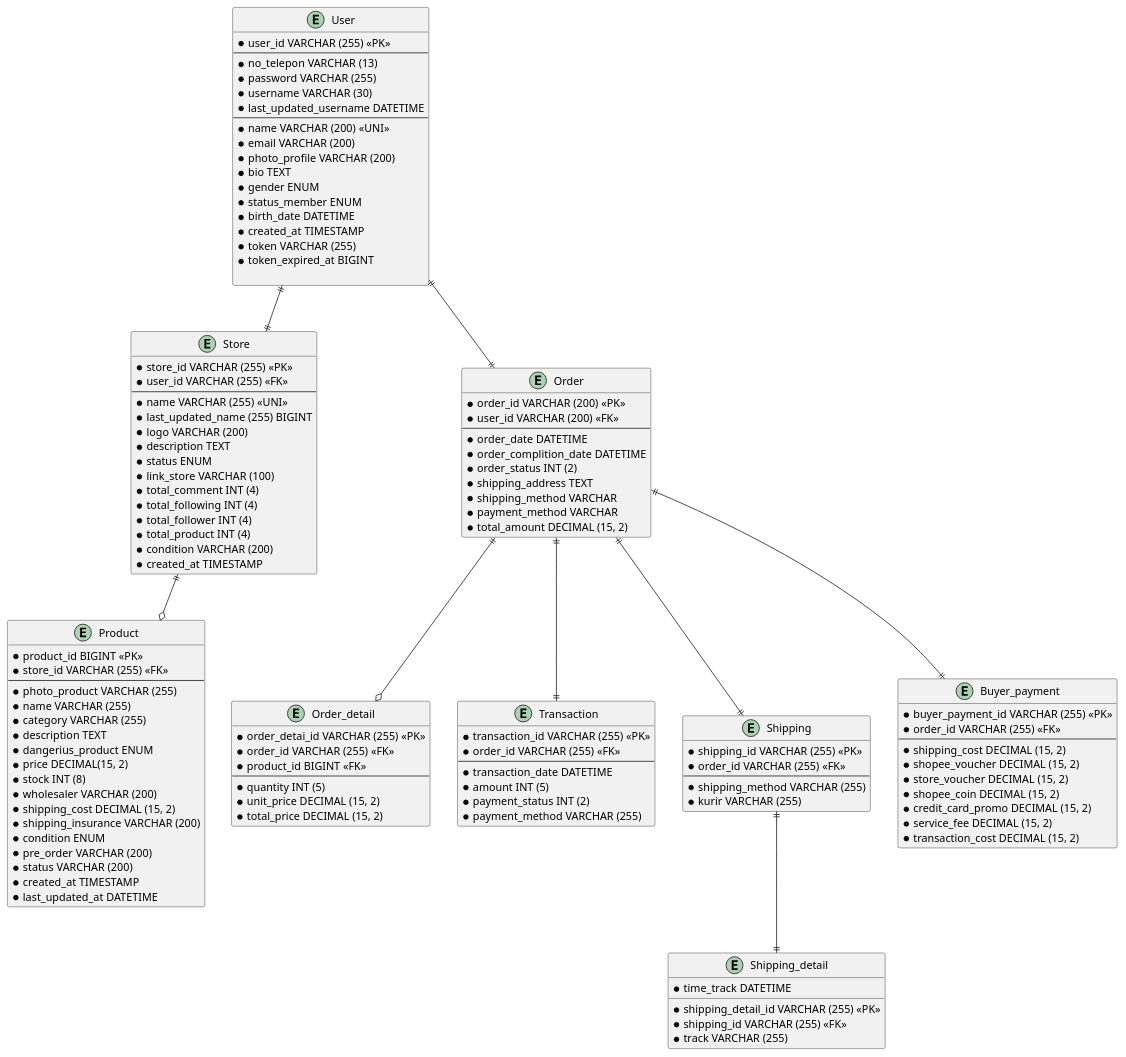
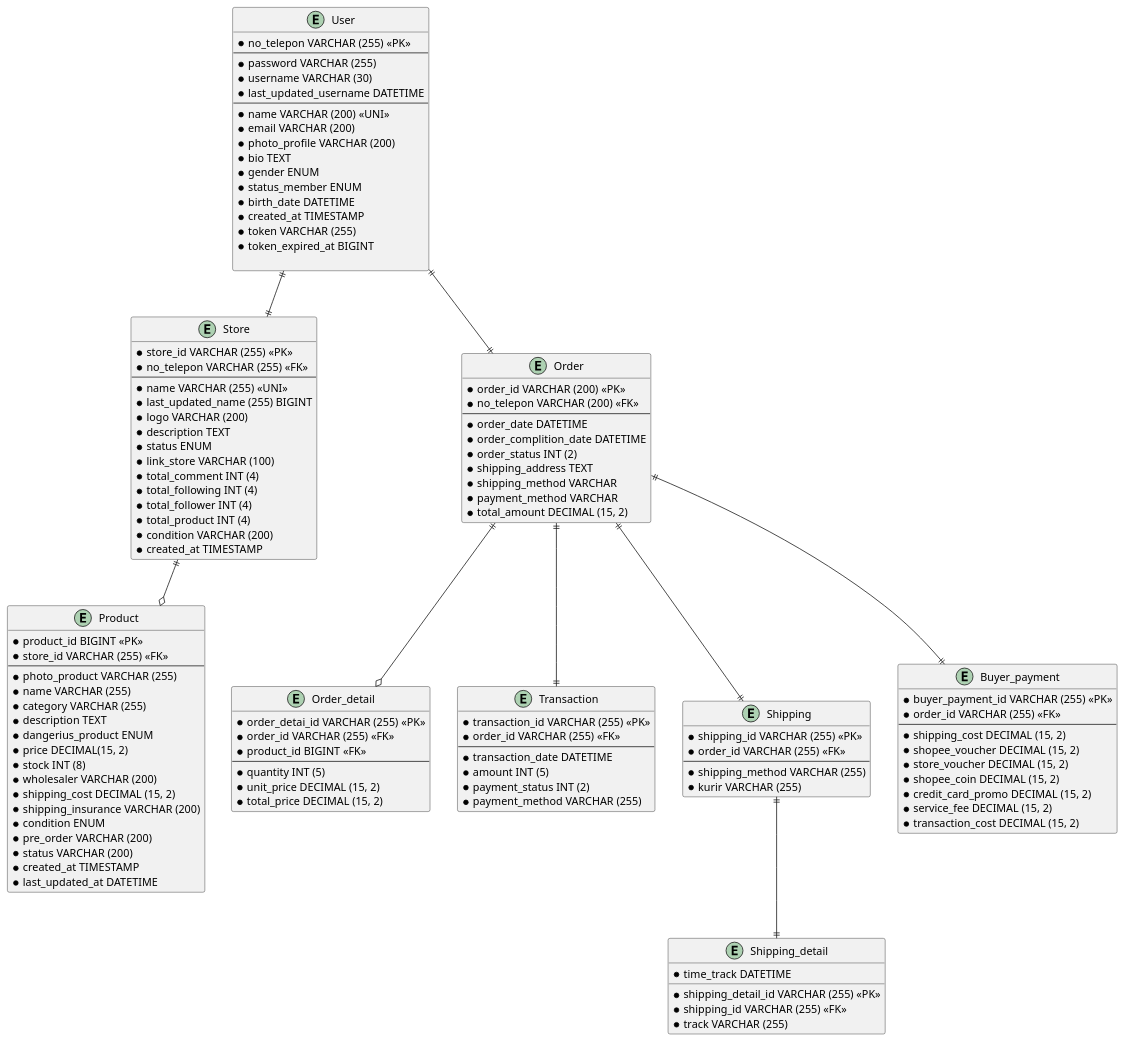
Before and after one commit to Romadoni03/learn_golang: the diagram in docs/erd.puml, drawn with PlantUML. The commit also changed 16 other files, not shown here.

```diff
--- a/docs/erd.puml
+++ b/docs/erd.puml
@@ -1,134 +1,133 @@
 @startuml erd
 
 entity User {
-    * user_id VARCHAR (255) <<PK>>
+    * no_telepon VARCHAR (255) <<PK>>
     --
-    * no_telepon VARCHAR (13)
     * password VARCHAR (255)
     * username VARCHAR (30)
     * last_updated_username DATETIME 
     --
     * name VARCHAR (200) <<UNI>>
     * email VARCHAR (200)
     * photo_profile VARCHAR (200)
     * bio TEXT
     * gender ENUM
     * status_member ENUM
     * birth_date DATETIME
     * created_at TIMESTAMP
     * token VARCHAR (255)
     * token_expired_at BIGINT
 
 }
 
 entity Store {
     * store_id VARCHAR (255) <<PK>>
-    * user_id VARCHAR (255) <<FK>>
+    * no_telepon VARCHAR (255) <<FK>>
     --
     * name VARCHAR (255) <<UNI>>
     * last_updated_name (255) BIGINT
     * logo VARCHAR (200)
     * description TEXT
     * status ENUM
     * link_store VARCHAR (100)
     * total_comment INT (4)
     * total_following INT (4)
     * total_follower INT (4)
     * total_product INT (4)
     * condition VARCHAR (200)
     * created_at TIMESTAMP
 }
 
 entity Product {
     * product_id BIGINT <<PK>>
     * store_id VARCHAR (255) <<FK>>
     --
     * photo_product VARCHAR (255)
     * name VARCHAR (255)
     * category VARCHAR (255)
     * description TEXT
     * dangerius_product ENUM
     * price DECIMAL(15, 2)
     * stock INT (8)
     * wholesaler VARCHAR (200)
     * shipping_cost DECIMAL (15, 2)
     * shipping_insurance VARCHAR (200)
     * condition ENUM
     * pre_order VARCHAR (200)
     * status VARCHAR (200)
     * created_at TIMESTAMP
     * last_updated_at DATETIME
 }
 
 entity Order {
     * order_id VARCHAR (200) <<PK>>
-    * user_id VARCHAR (200) <<FK>>
+    * no_telepon VARCHAR (200) <<FK>>
     --
     * order_date DATETIME
     * order_complition_date DATETIME
     * order_status INT (2)
     * shipping_address TEXT
     * shipping_method VARCHAR
     * payment_method VARCHAR
     * total_amount DECIMAL (15, 2)
 }
 
 
 entity Order_detail {
     * order_detai_id VARCHAR (255) <<PK>>
     * order_id VARCHAR (255) <<FK>>
     * product_id BIGINT <<FK>>
     --
     * quantity INT (5)
     * unit_price DECIMAL (15, 2)
     * total_price DECIMAL (15, 2)
 }
 
 entity Transaction {
     * transaction_id VARCHAR (255) <<PK>>
     * order_id VARCHAR (255) <<FK>>
     --
     * transaction_date DATETIME
     * amount INT (5)
     * payment_status INT (2)
     * payment_method VARCHAR (255)
 }
 
 entity Shipping {
     * shipping_id VARCHAR (255) <<PK>>
     * order_id VARCHAR (255) <<FK>>
     --
     * shipping_method VARCHAR (255)
     * kurir VARCHAR (255)
 }
 
 entity Shipping_detail {
     * shipping_detail_id VARCHAR (255) <<PK>>
     * shipping_id VARCHAR (255) <<FK>>
     * track VARCHAR (255)
     * time_track DATETIME
 }
 
 entity Buyer_payment {
     * buyer_payment_id VARCHAR (255) <<PK>>
     * order_id VARCHAR (255) <<FK>>
     --
     * shipping_cost DECIMAL (15, 2)
     * shopee_voucher DECIMAL (15, 2)
     * store_voucher DECIMAL (15, 2)
     * shopee_coin DECIMAL (15, 2)
     * credit_card_promo DECIMAL (15, 2)
     * service_fee DECIMAL (15, 2)
     * transaction_cost DECIMAL (15, 2)
 }
 
 User ||--|| Store
 Store ||--o Product
 User ||--|| Order
 Order ||--o Order_detail
 Order ||--|| Transaction
 Order ||--|| Shipping
 Order ||--|| Buyer_payment
 Shipping ||--|| Shipping_detail
 
 @enduml
```
